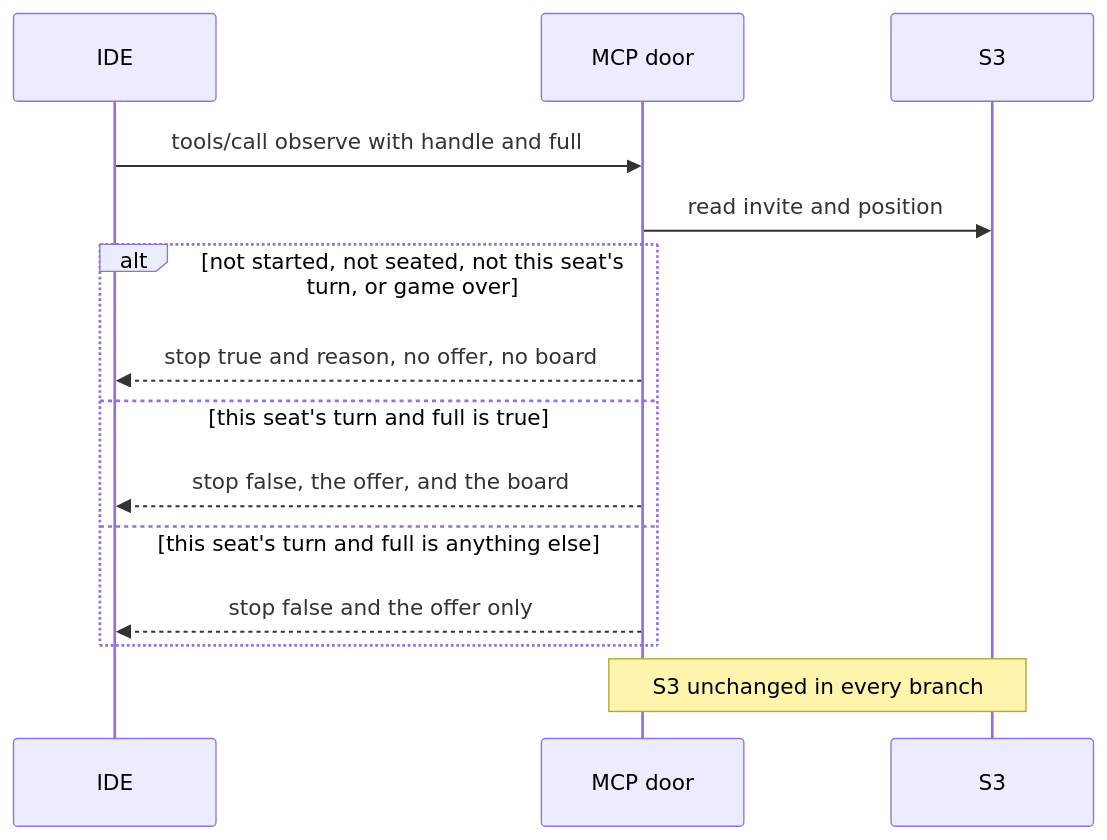
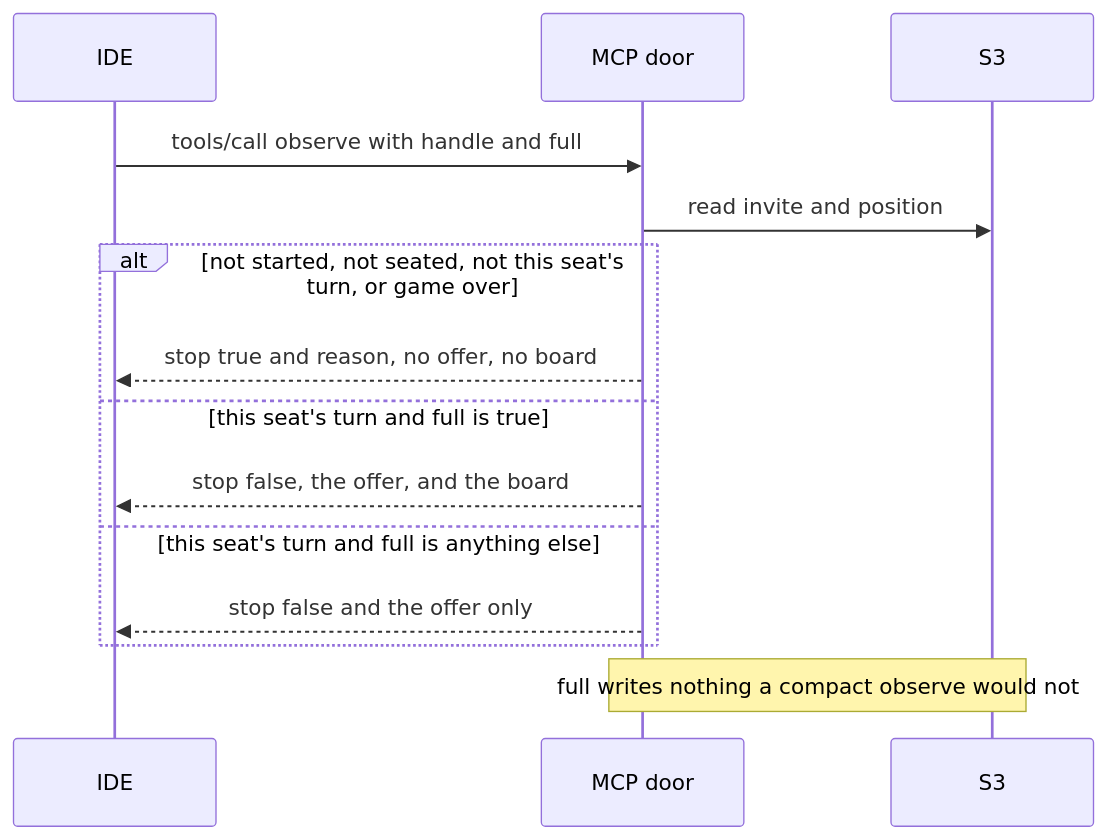
One commit to conquarrow-dev/conquarrow changed the diagram in docs/spec/agent-board-map/SCENARIOS.md. Above: the diagram before and after it, drawn with Mermaid. The commit also changed other lines of this file and 12 other files, not shown here.

````diff
--- a/docs/spec/agent-board-map/SCENARIOS.md
+++ b/docs/spec/agent-board-map/SCENARIOS.md
@@ -19,16 +19,16 @@
 ```mermaid
 sequenceDiagram
   participant IDE
   participant Mcp as MCP door
   participant S3
   IDE->>Mcp: tools/call observe with handle and full
   Mcp->>S3: read invite and position
   alt not started, not seated, not this seat's turn, or game over
     Mcp-->>IDE: stop true and reason, no offer, no board
   else this seat's turn and full is true
     Mcp-->>IDE: stop false, the offer, and the board
   else this seat's turn and full is anything else
     Mcp-->>IDE: stop false and the offer only
   end
-  Note over Mcp,S3: S3 unchanged in every branch
+  Note over Mcp,S3: full writes nothing a compact observe would not
 ```
````
